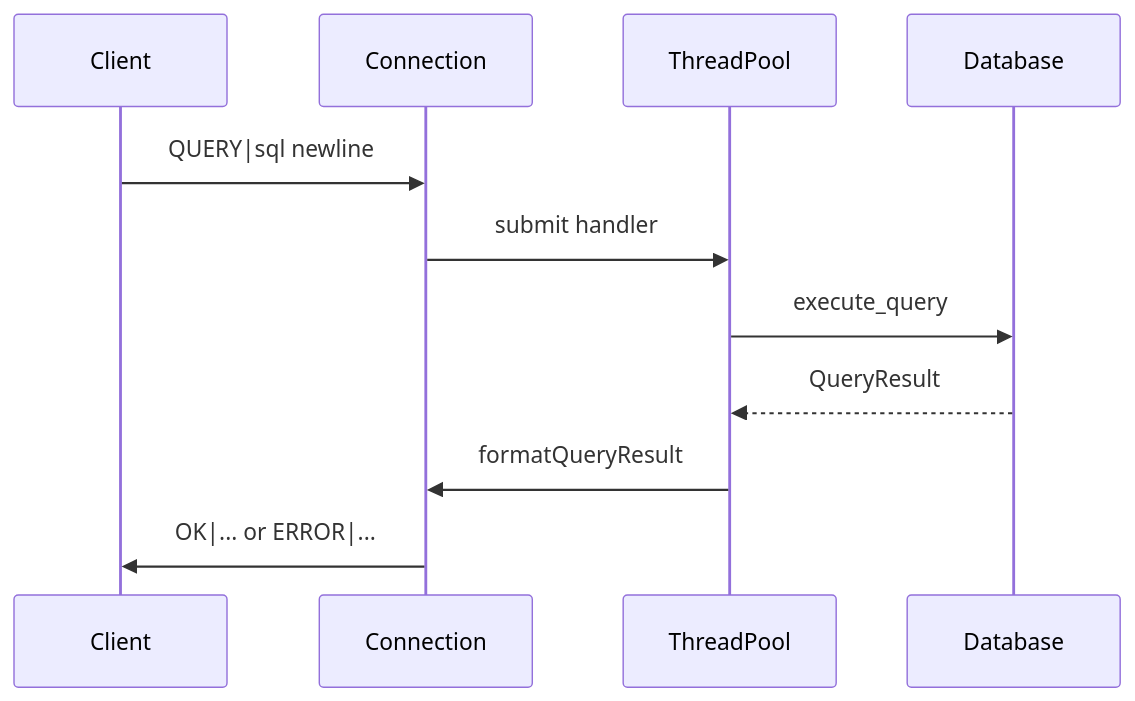
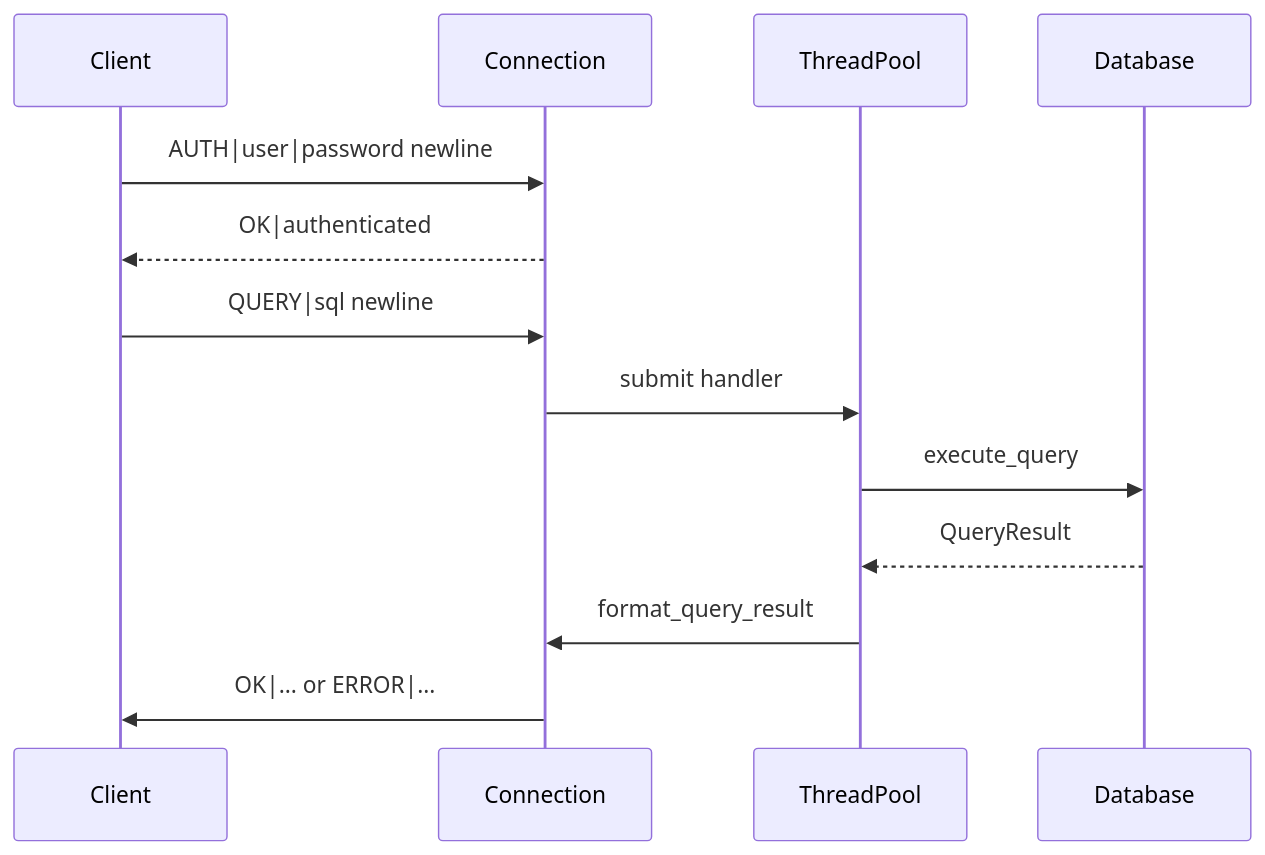
One commit to Aram47/custom-sql-database changed the first of 2 diagrams in README.md. Above: the diagram before and after it, drawn with Mermaid. The commit also changed other lines of this file and 109 other files, not shown here.

````diff
--- a/README.md
+++ b/README.md
@@ -248,13 +298,15 @@
 ```mermaid
 sequenceDiagram
   participant Client
   participant Connection
   participant ThreadPool
   participant Database
+  Client->>Connection: AUTH|user|password newline
+  Connection-->>Client: OK|authenticated
   Client->>Connection: QUERY|sql newline
   Connection->>ThreadPool: submit handler
   ThreadPool->>Database: execute_query
   Database-->>ThreadPool: QueryResult
-  ThreadPool->>Connection: formatQueryResult
+  ThreadPool->>Connection: format_query_result
   Connection->>Client: OK|... or ERROR|...
 ```
````
